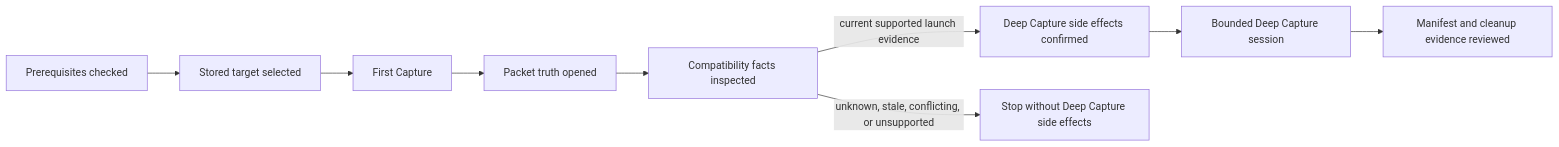
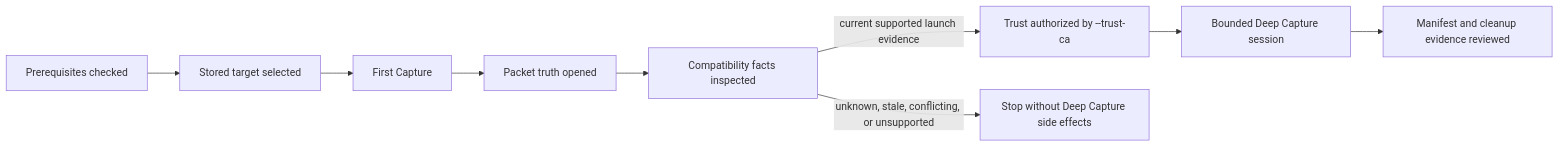
The diagram in specs/090-getting-started-journeys/data-model.md (h8rt3rmin8r/fragcap), drawn with Mermaid before and after one commit. The commit also changed other lines of this file and 6 other files, not shown here.

````diff
--- a/specs/090-getting-started-journeys/data-model.md
+++ b/specs/090-getting-started-journeys/data-model.md
@@ -54,11 +54,11 @@
 ```mermaid
 flowchart LR
   install["Prerequisites checked"] --> targets["Stored target selected"]
   targets --> capture["First Capture"]
   capture --> packets["Packet truth opened"]
   packets --> evidence["Compatibility facts inspected"]
-  evidence -->|current supported launch evidence| confirm["Deep Capture side effects confirmed"]
+  evidence -->|current supported launch evidence| confirm["Trust authorized by --trust-ca"]
   evidence -->|unknown, stale, conflicting, or unsupported| stop["Stop without Deep Capture side effects"]
   confirm --> session["Bounded Deep Capture session"]
   session --> bundle["Manifest and cleanup evidence reviewed"]
 ```
````
